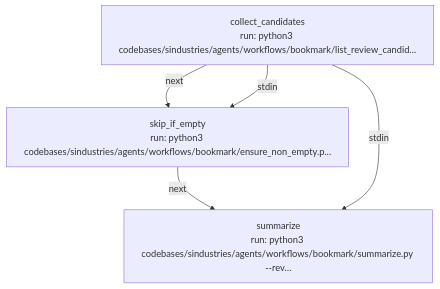
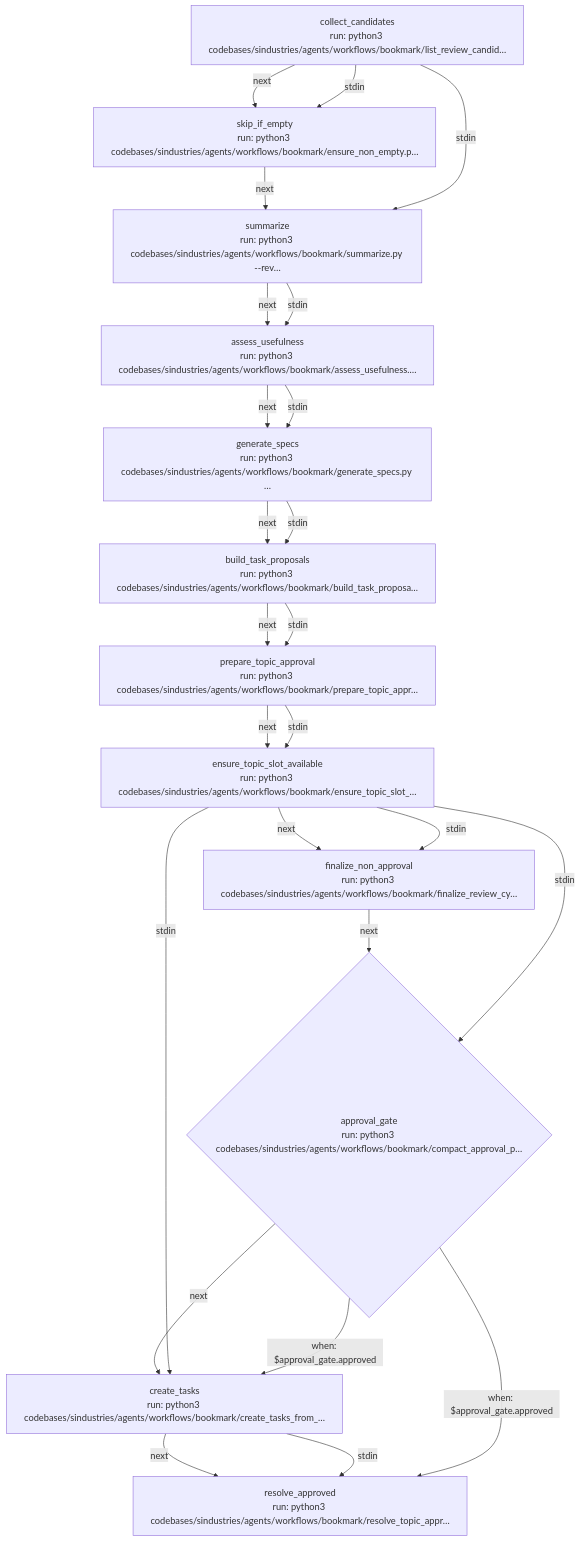
Before and after one commit to Stoffer-Industries/sindustries: the diagram in lobster/x-bookmarks-review-pipeline.mermaid.md, drawn with Mermaid. The commit also changed 1 other file, not shown here.

Commit message:
fix(lobster): restore full pipeline with summarize replacing generate_reviews
Reverts the premature shortening of the lobster YAML. The approval gate
and resume token must stay in lobster — spec gen runs async in heartbeat
while lobster is paused at approval_gate, and the resume token connects
Tom's approval reply back to task creation.

Only change from original: generate_reviews → summarize (faithful
extraction, no classification judgment).

Updated mermaid graph reflects full 12-step pipeline.

````diff
--- a/lobster/x-bookmarks-review-pipeline.mermaid.md
+++ b/lobster/x-bookmarks-review-pipeline.mermaid.md
@@ -1,11 +1,40 @@
 ```mermaid
 flowchart TD
   collect_candidates["collect_candidates\nrun: python3 codebases/sindustries/agents/workflows/bookmark/list_review_candid…"]
   skip_if_empty["skip_if_empty\nrun: python3 codebases/sindustries/agents/workflows/bookmark/ensure_non_empty.p…"]
   summarize["summarize\nrun: python3 codebases/sindustries/agents/workflows/bookmark/summarize.py --rev…"]
+  assess_usefulness["assess_usefulness\nrun: python3 codebases/sindustries/agents/workflows/bookmark/assess_usefulness.…"]
+  generate_specs["generate_specs\nrun: python3 codebases/sindustries/agents/workflows/bookmark/generate_specs.py …"]
+  build_task_proposals["build_task_proposals\nrun: python3 codebases/sindustries/agents/workflows/bookmark/build_task_proposa…"]
+  prepare_topic_approval["prepare_topic_approval\nrun: python3 codebases/sindustries/agents/workflows/bookmark/prepare_topic_appr…"]
+  ensure_topic_slot_available["ensure_topic_slot_available\nrun: python3 codebases/sindustries/agents/workflows/bookmark/ensure_topic_slot_…"]
+  finalize_non_approval["finalize_non_approval\nrun: python3 codebases/sindustries/agents/workflows/bookmark/finalize_review_cy…"]
+  approval_gate{"approval_gate\nrun: python3 codebases/sindustries/agents/workflows/bookmark/compact_approval_p…"}
+  create_tasks["create_tasks\nrun: python3 codebases/sindustries/agents/workflows/bookmark/create_tasks_from_…"]
+  resolve_approved["resolve_approved\nrun: python3 codebases/sindustries/agents/workflows/bookmark/resolve_topic_appr…"]
 
   collect_candidates -->|next| skip_if_empty
   collect_candidates -->|stdin| skip_if_empty
   skip_if_empty -->|next| summarize
   collect_candidates -->|stdin| summarize
+  summarize -->|next| assess_usefulness
+  summarize -->|stdin| assess_usefulness
+  assess_usefulness -->|next| generate_specs
+  assess_usefulness -->|stdin| generate_specs
+  generate_specs -->|next| build_task_proposals
+  generate_specs -->|stdin| build_task_proposals
+  build_task_proposals -->|next| prepare_topic_approval
+  build_task_proposals -->|stdin| prepare_topic_approval
+  prepare_topic_approval -->|next| ensure_topic_slot_available
+  prepare_topic_approval -->|stdin| ensure_topic_slot_available
+  ensure_topic_slot_available -->|next| finalize_non_approval
+  ensure_topic_slot_available -->|stdin| finalize_non_approval
+  finalize_non_approval -->|next| approval_gate
+  ensure_topic_slot_available -->|stdin| approval_gate
+  approval_gate -->|next| create_tasks
+  ensure_topic_slot_available -->|stdin| create_tasks
+  approval_gate -->|when: $approval_gate.approved| create_tasks
+  create_tasks -->|next| resolve_approved
+  create_tasks -->|stdin| resolve_approved
+  approval_gate -->|when: $approval_gate.approved| resolve_approved
 ```
````
